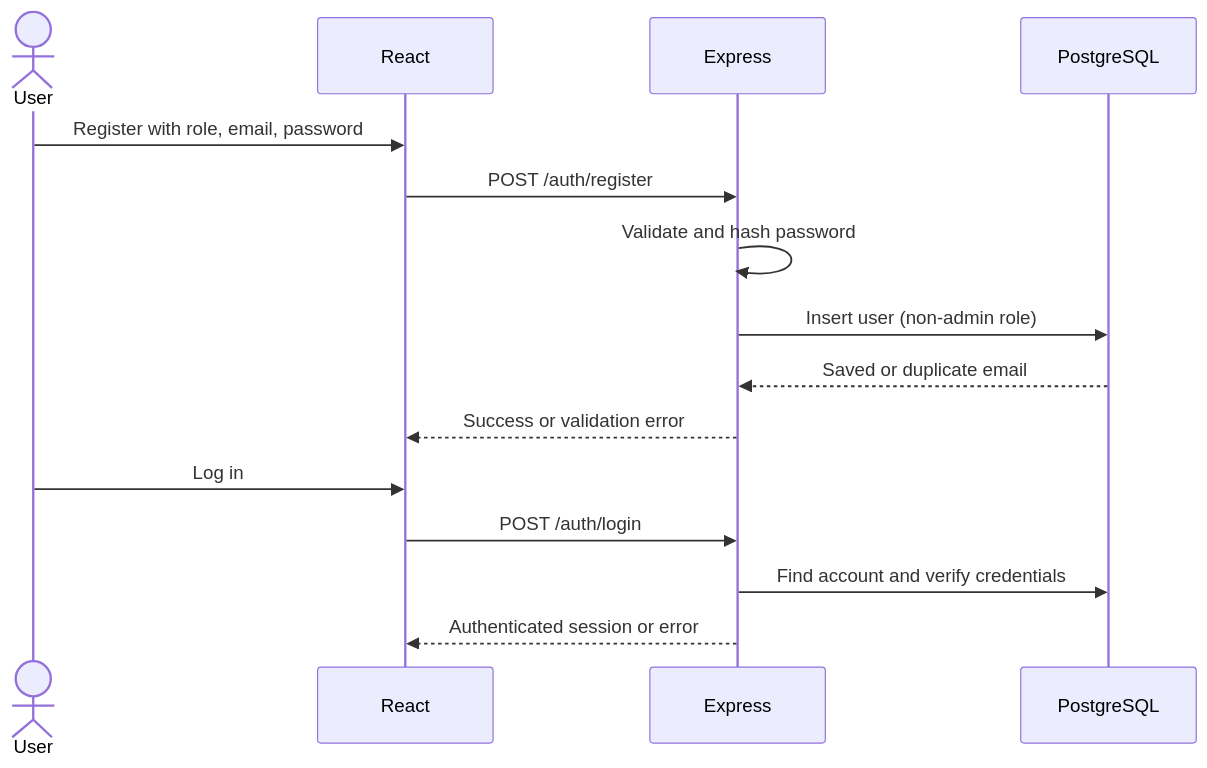
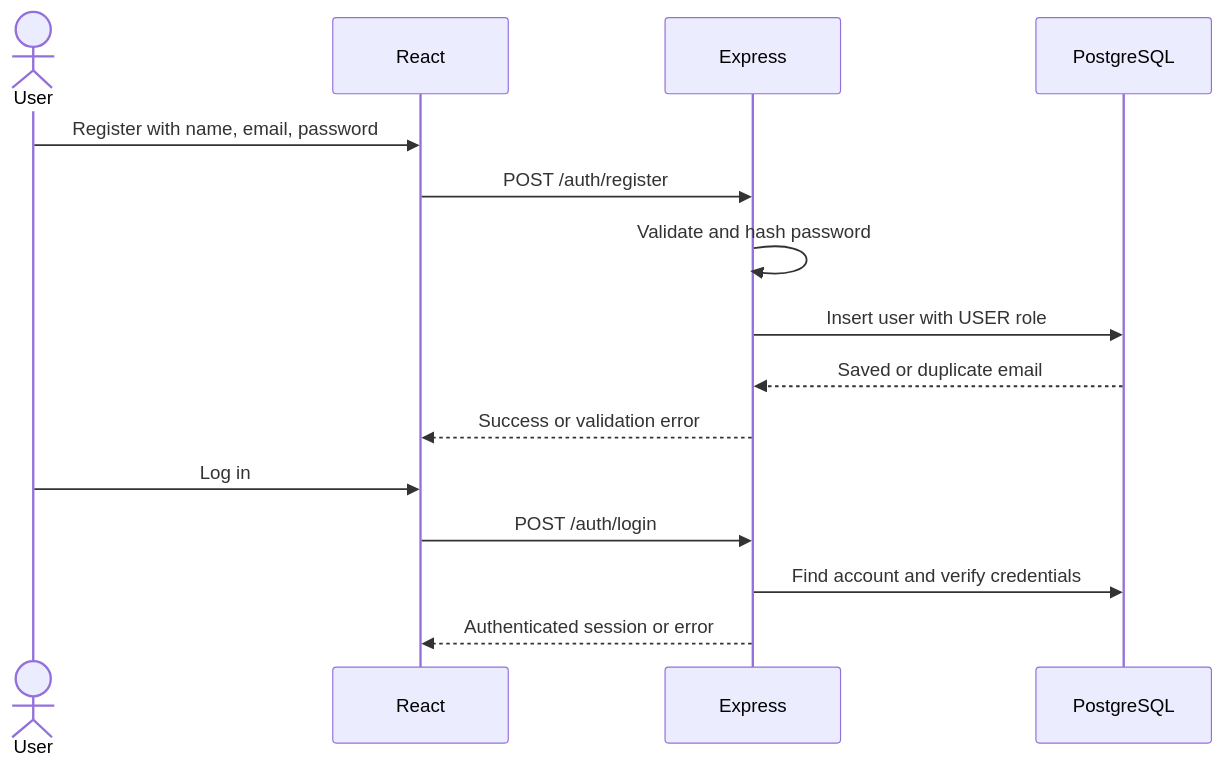
Before and after one commit to Abeerr0/mezyad: the fourth of 8 diagrams in Stage_3/Report.MD, drawn with Mermaid. The commit also changed other lines of this file, not shown here.

Commit message:
docs: simplify Mezyad to User and Admin accounts with unified user stories

````diff
--- a/Stage_3/Report.MD
+++ b/Stage_3/Report.MD
@@ -300,17 +233,17 @@
 ```mermaid
 sequenceDiagram
   actor User
   participant UI as React
   participant API as Express
   participant DB as PostgreSQL
-  User->>UI: Register with role, email, password
+  User->>UI: Register with name, email, password
   UI->>API: POST /auth/register
   API->>API: Validate and hash password
-  API->>DB: Insert user (non-admin role)
+  API->>DB: Insert user with USER role
   DB-->>API: Saved or duplicate email
   API-->>UI: Success or validation error
   User->>UI: Log in
   UI->>API: POST /auth/login
   API->>DB: Find account and verify credentials
   API-->>UI: Authenticated session or error
 ```
````
